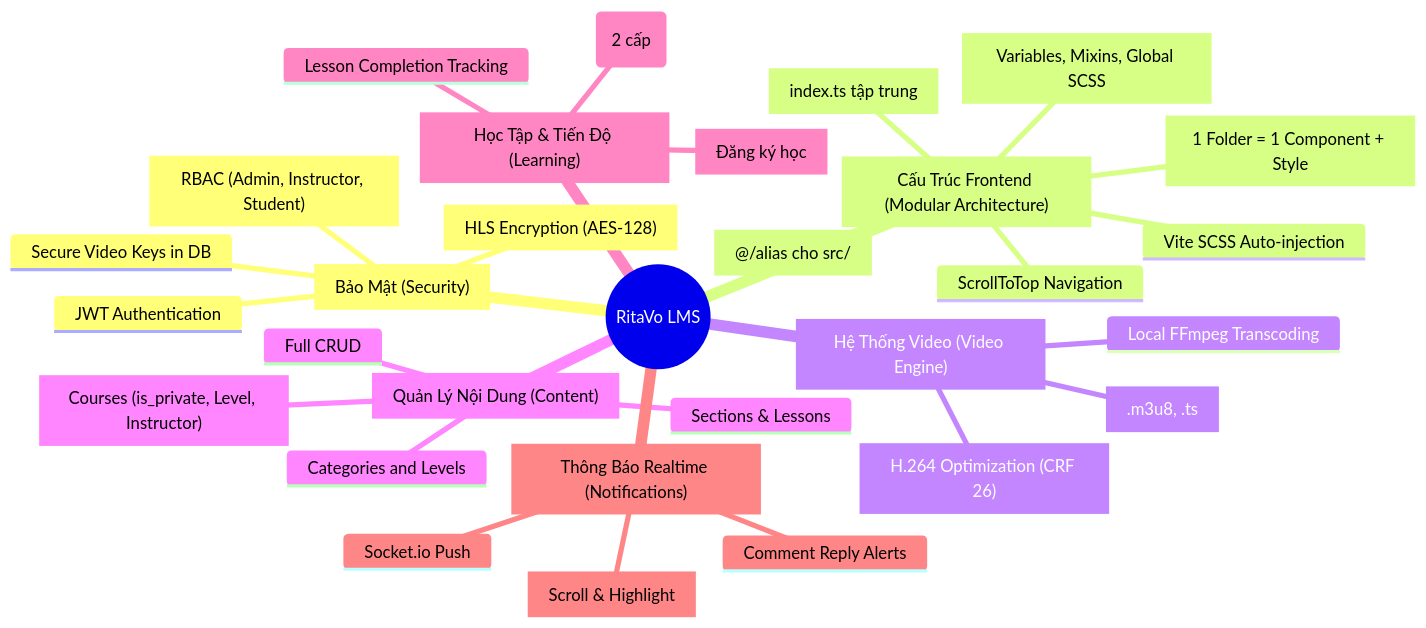
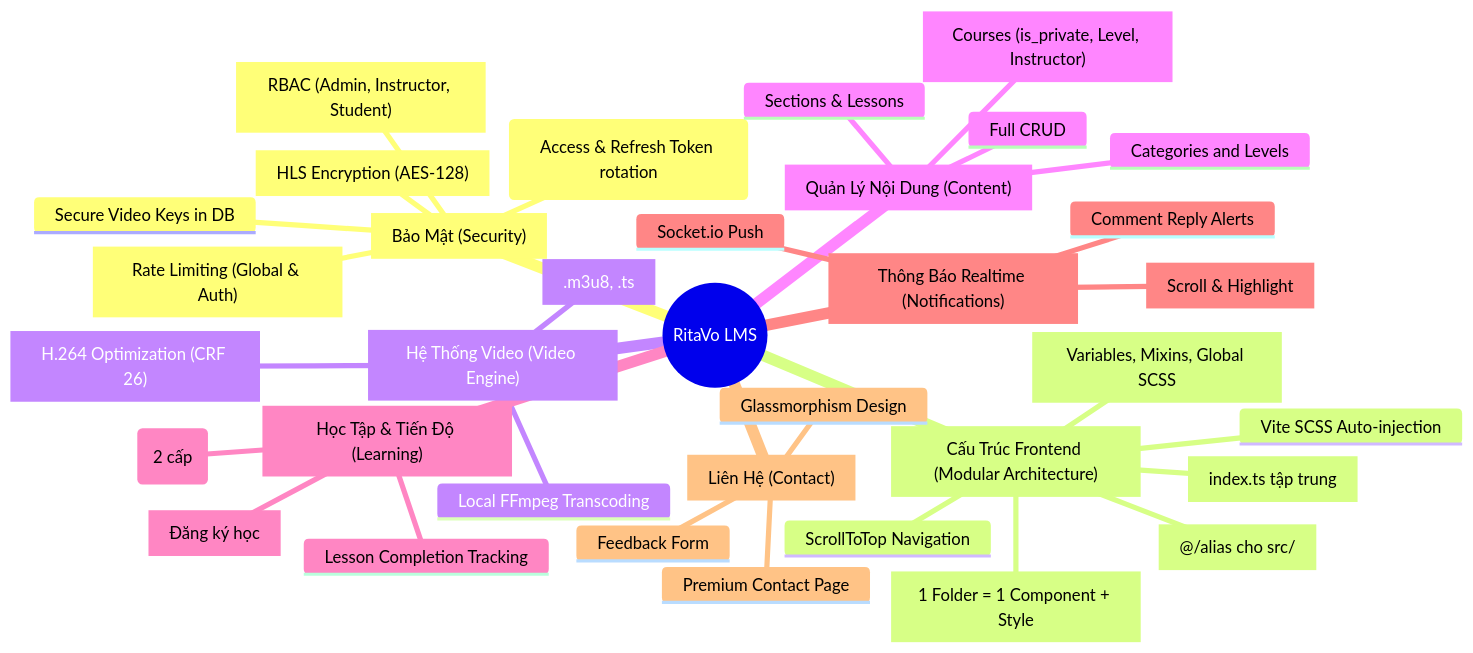
The diagram in ProjectInfo/MINDMAP.md (NguyenHongPhuc-2455/LMS), drawn with Mermaid before and after one commit. The commit also changed other lines of this file and 98 other files, not shown here.

````diff
--- a/ProjectInfo/MINDMAP.md
+++ b/ProjectInfo/MINDMAP.md
@@ -7,33 +7,38 @@
 ```mermaid
 mindmap
     root((RitaVo LMS))
       Bảo Mật["Bảo Mật (Security)"]
-        JWT Authentication
+        JWT Authentication (Access & Refresh Token rotation)
         RBAC["RBAC (Admin, Instructor, Student)"]
         HLS Encryption["HLS Encryption (AES-128)"]
+        Rate Limiting["Rate Limiting (Global & Auth)"]
         Secure Video Keys in DB
       Cấu Trúc Frontend["Cấu Trúc Frontend (Modular Architecture)"]
         Folder-based Components["1 Folder = 1 Component + Style"]
         Barrel Exports["index.ts tập trung"]
         Global Style System["Variables, Mixins, Global SCSS"]
         Vite SCSS Auto-injection
         Absolute Imports["@/alias cho src/"]
         ScrollToTop Navigation
       Hệ Thống Video["Hệ Thống Video (Video Engine)"]
         Local FFmpeg Transcoding
         H.264 Optimization["H.264 Optimization (CRF 26)"]
         HLS Streaming[".m3u8, .ts"]
       Quản Lý Nội Dung["Quản Lý Nội Dung (Content)"]
         Categories and Levels
         Courses["Courses (is_private, Level, Instructor)"]
         Full CRUD
         Sections & Lessons
       Học Tập["Học Tập & Tiến Độ (Learning)"]
         Enrollment["Đăng ký học"]
         Lesson Completion Tracking
         Bình luận Facebook-style (2 cấp)
       Thông Báo["Thông Báo Realtime (Notifications)"]
         Socket.io Push
         Comment Reply Alerts
         Click to Navigate["Scroll & Highlight"]
+      Liên Hệ["Liên Hệ (Contact)"]
+        Premium Contact Page
+        Glassmorphism Design
+        Feedback Form
 ```
````
